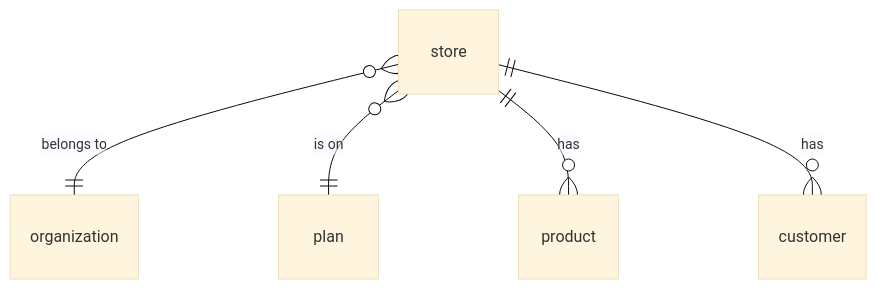
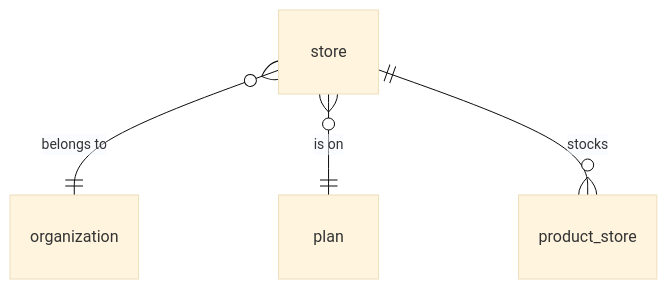
One commit to Shahrukh489/gekkosuite-api changed the third of 11 diagrams in docs/database.md. Above: the diagram before and after it, drawn with Mermaid (base theme). The commit also changed other lines of this file and 2 other files, not shown here.

Commit message:
updating arch diagram

````diff
--- a/docs/database.md
+++ b/docs/database.md
@@ -271,7 +322,6 @@
 ```mermaid
 erDiagram
     store }o--|| organization : "belongs to"
     store }o--|| plan : "is on"
-    store ||--o{ product : "has"
-    store ||--o{ customer : "has"
+    store ||--o{ product_store : "stocks"
 ```
````
